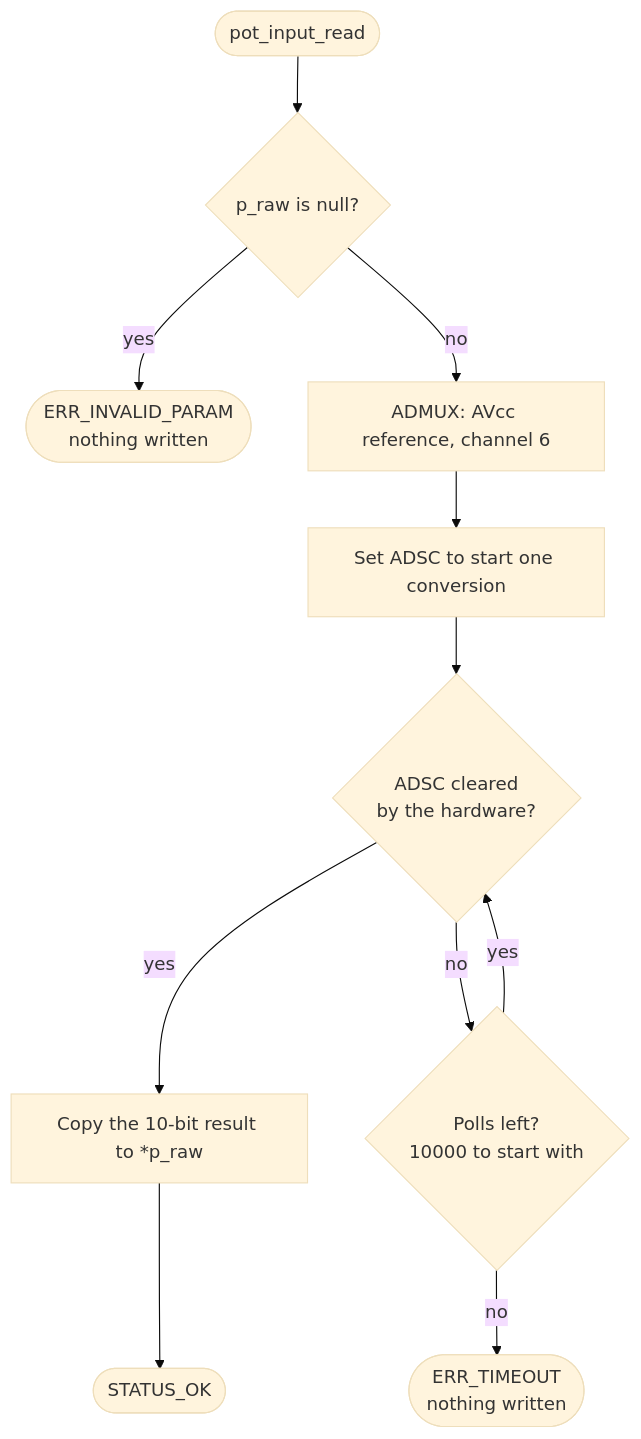
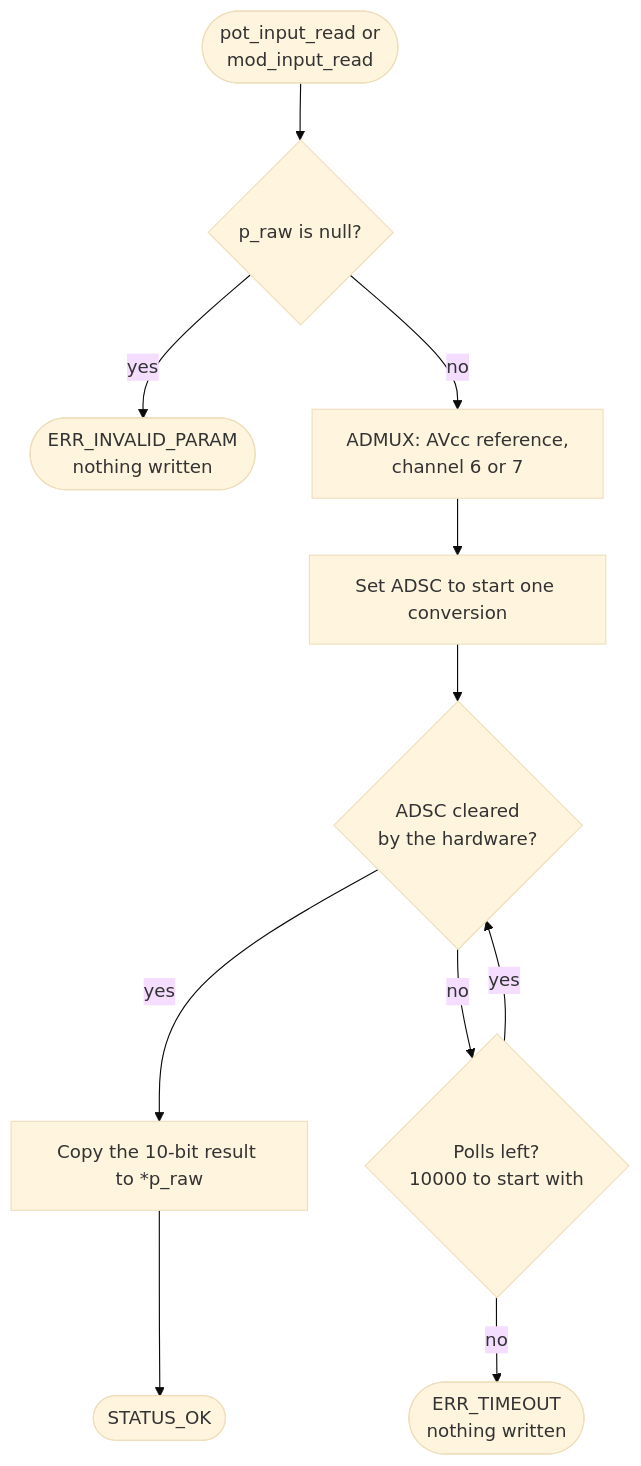
Before and after one commit to BonelessPig/nano_sequencer: diagram 17 of 29 in docs/ARCHITECTURE.md, drawn with Mermaid (base theme). The commit also changed other lines of this file and 3 other files, not shown here.

````diff
--- a/docs/ARCHITECTURE.md
+++ b/docs/ARCHITECTURE.md
@@ -882,13 +942,13 @@
 ```mermaid
 flowchart TD
-    start(["pot_input_read"]) --> check{"p_raw is null?"}
+    start(["pot_input_read or<br/>mod_input_read"]) --> check{"p_raw is null?"}
     check -->|"yes"| bad(["ERR_INVALID_PARAM<br/>nothing written"])
-    check -->|"no"| mux["ADMUX: AVcc reference, channel 6"]
+    check -->|"no"| mux["ADMUX: AVcc reference,<br/>channel 6 or 7"]
     mux --> go["Set ADSC to start one conversion"]
     go --> poll{"ADSC cleared<br/>by the hardware?"}
     poll -->|"yes"| read["Copy the 10-bit result to *p_raw"]
     read --> ok(["STATUS_OK"])
     poll -->|"no"| budget{"Polls left?<br/>10000 to start with"}
     budget -->|"yes"| poll
     budget -->|"no"| late(["ERR_TIMEOUT<br/>nothing written"])
 ```
````
